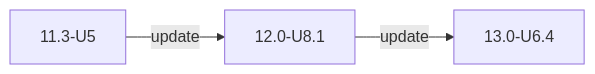
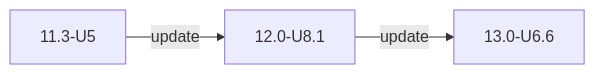
One commit to truenas/documentation changed the second of 2 diagrams in static/includes/COREUpgradePaths.md. Above: the diagram before and after it, drawn with Mermaid. The commit also changed other lines of this file and 2 other files, not shown here.

Commit message:
Add 13.0-U6.6 to master data files

```diff
--- a/static/includes/COREUpgradePaths.md
+++ b/static/includes/COREUpgradePaths.md
@@ -21,5 +21,5 @@
       {{< mermaid class="mermaid_sizing" >}}
       flowchart LR
       A["11.3-U5"] -->|update| B["12.0-U8.1"]
-      B -->|update| C["13.0-U6.4"]
+      B -->|update| C["13.0-U6.6"]
       {{< /mermaid >}}
```
